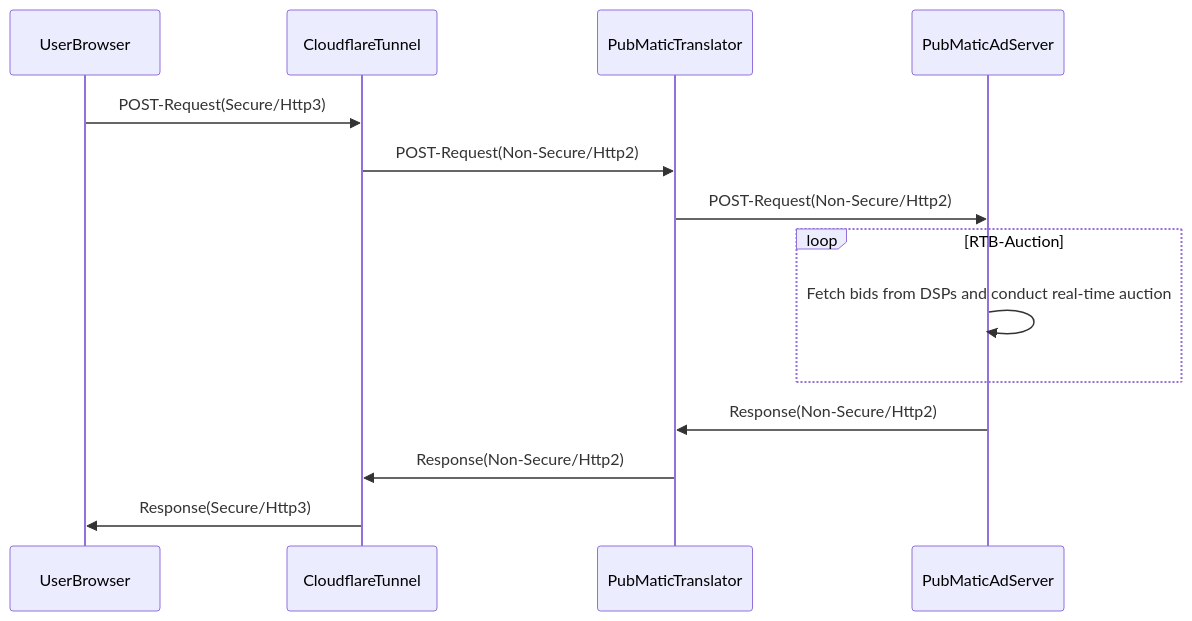
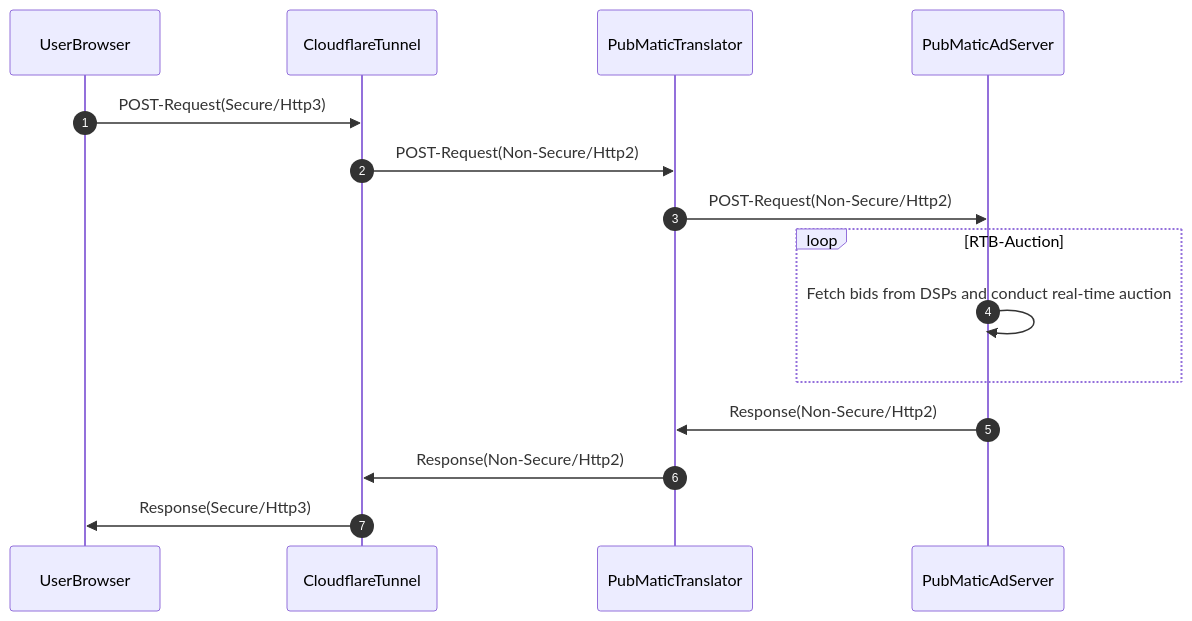
One commit to pm-harshad-mane/mermaid-test changed the third of 3 diagrams in cf-translator.md. Above: the diagram before and after it, drawn with Mermaid.

````diff
--- a/cf-translator.md
+++ b/cf-translator.md
@@ -29,16 +29,17 @@
 ```mermaid
 sequenceDiagram
+    autonumber
     participant UserBrowser
     participant CloudflareTunnel
     participant PubMaticTranslator
     participant PubMaticAdServer
     UserBrowser->>CloudflareTunnel: POST-Request(Secure/Http3)
     CloudflareTunnel->>PubMaticTranslator: POST-Request(Non-Secure/Http2)
     PubMaticTranslator->>PubMaticAdServer: POST-Request(Non-Secure/Http2)
     loop RTB-Auction
         PubMaticAdServer->>PubMaticAdServer: Fetch bids from DSPs and conduct real-time auction
     end
     PubMaticAdServer->>PubMaticTranslator: Response(Non-Secure/Http2)
     PubMaticTranslator->>CloudflareTunnel: Response(Non-Secure/Http2)
     CloudflareTunnel->>UserBrowser: Response(Secure/Http3)   
 ```
````
